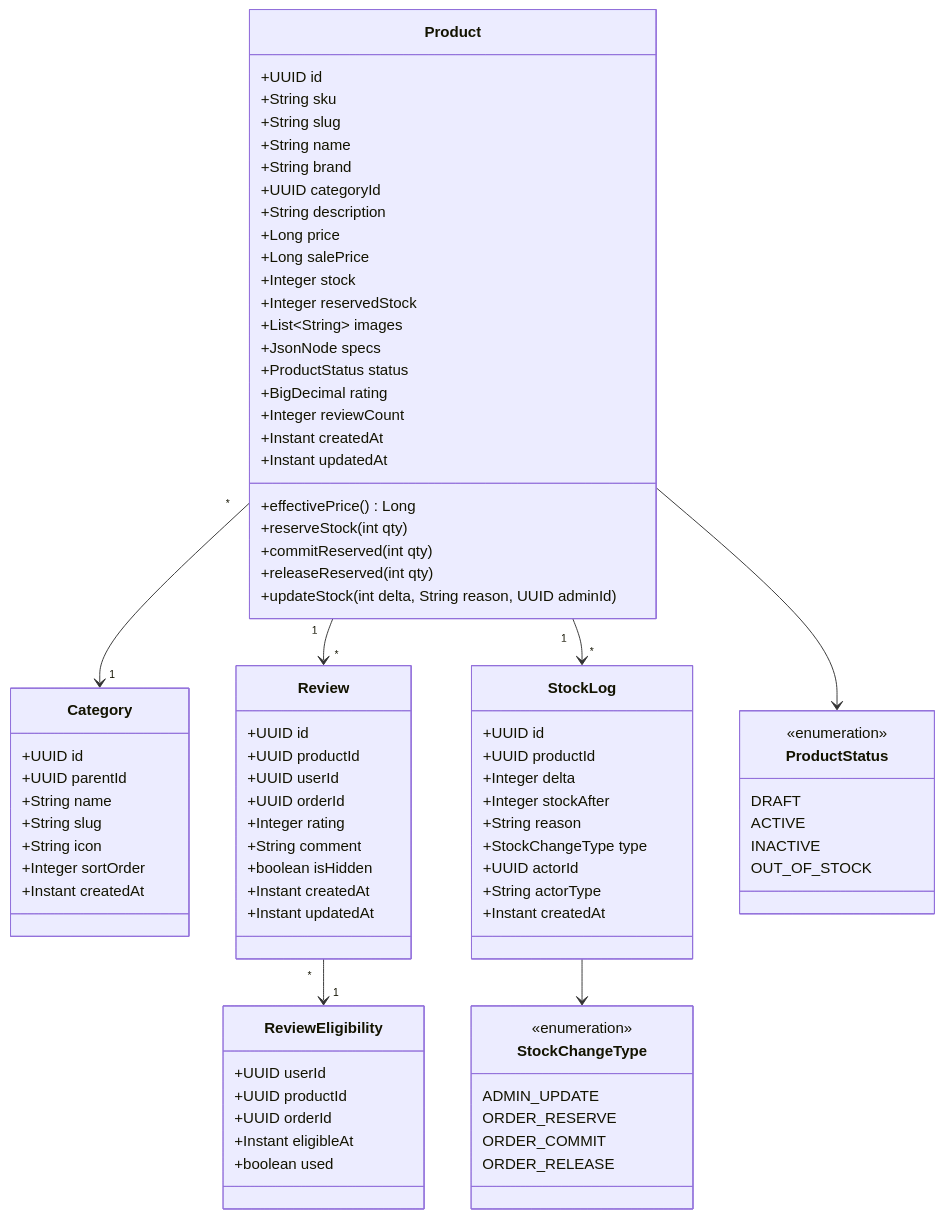
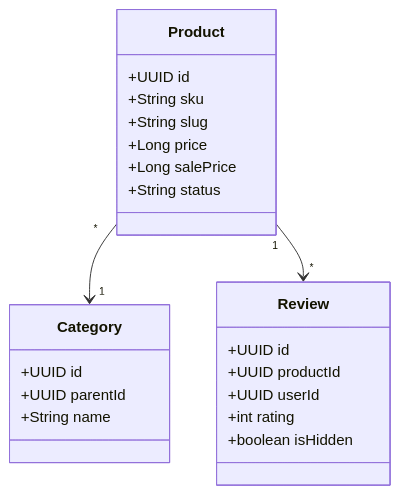
The second of 6 diagrams in architecture/03-class-diagrams.md (dminhduc250136/ptit_htpt), drawn with Mermaid before and after one commit. The commit also changed other lines of this file and 30 other files, not shown here.

````diff
--- a/architecture/03-class-diagrams.md
+++ b/architecture/03-class-diagrams.md
@@ -89,93 +33,25 @@
 ```mermaid
 classDiagram
     class Product {
-        +UUID id
-        +String sku
-        +String slug
-        +String name
-        +String brand
-        +UUID categoryId
-        +String description
-        +Long price
-        +Long salePrice
-        +Integer stock
-        +Integer reservedStock
-        +List~String~ images
-        +JsonNode specs
-        +ProductStatus status
-        +BigDecimal rating
-        +Integer reviewCount
-        +Instant createdAt
-        +Instant updatedAt
-        +effectivePrice() Long
-        +reserveStock(int qty)
-        +commitReserved(int qty)
-        +releaseReserved(int qty)
-        +updateStock(int delta, String reason, UUID adminId)
+      +UUID id
+      +String sku
+      +String slug
+      +Long price
+      +Long salePrice
+      +String status
     }
-
     class Category {
-        +UUID id
-        +UUID parentId
-        +String name
-        +String slug
-        +String icon
-        +Integer sortOrder
-        +Instant createdAt
+      +UUID id
+      +UUID parentId
+      +String name
     }
-
     class Review {
-        +UUID id
-        +UUID productId
-        +UUID userId
-        +UUID orderId
-        +Integer rating
-        +String comment
-        +boolean isHidden
-        +Instant createdAt
-        +Instant updatedAt
+      +UUID id
+      +UUID productId
+      +UUID userId
+      +int rating
+      +boolean isHidden
     }
-
-    class StockLog {
-        +UUID id
-        +UUID productId
-        +Integer delta
-        +Integer stockAfter
-        +String reason
-        +StockChangeType type
-        +UUID actorId
-        +String actorType
-        +Instant createdAt
-    }
-
-    class ReviewEligibility {
-        +UUID userId
-        +UUID productId
-        +UUID orderId
-        +Instant eligibleAt
-        +boolean used
-    }
-
-    class ProductStatus {
-        <<enumeration>>
-        DRAFT
-        ACTIVE
-        INACTIVE
-        OUT_OF_STOCK
-    }
-
-    class StockChangeType {
-        <<enumeration>>
-        ADMIN_UPDATE
-        ORDER_RESERVE
-        ORDER_COMMIT
-        ORDER_RELEASE
-    }
-
     Product "*" --> "1" Category
     Product "1" --> "*" Review
-    Product "1" --> "*" StockLog
-    Review "*" --> "1" ReviewEligibility
-    Product --> ProductStatus
-    StockLog --> StockChangeType
 ```
````
